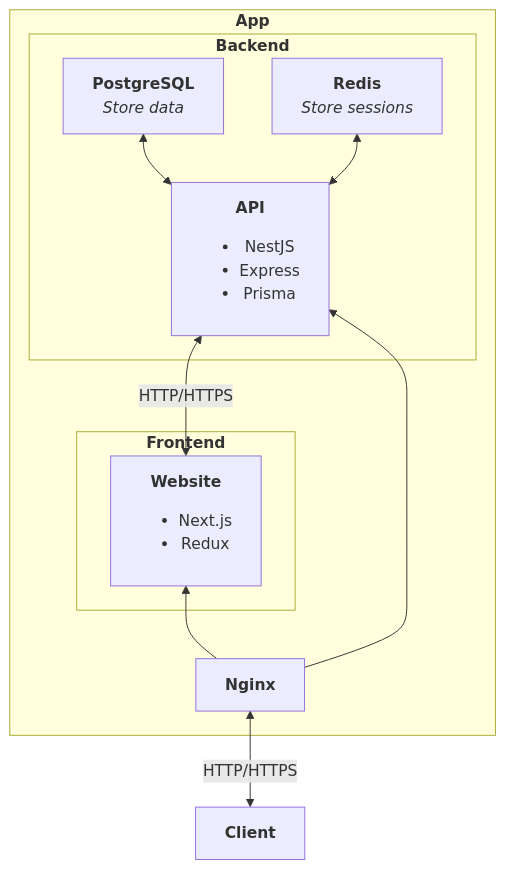
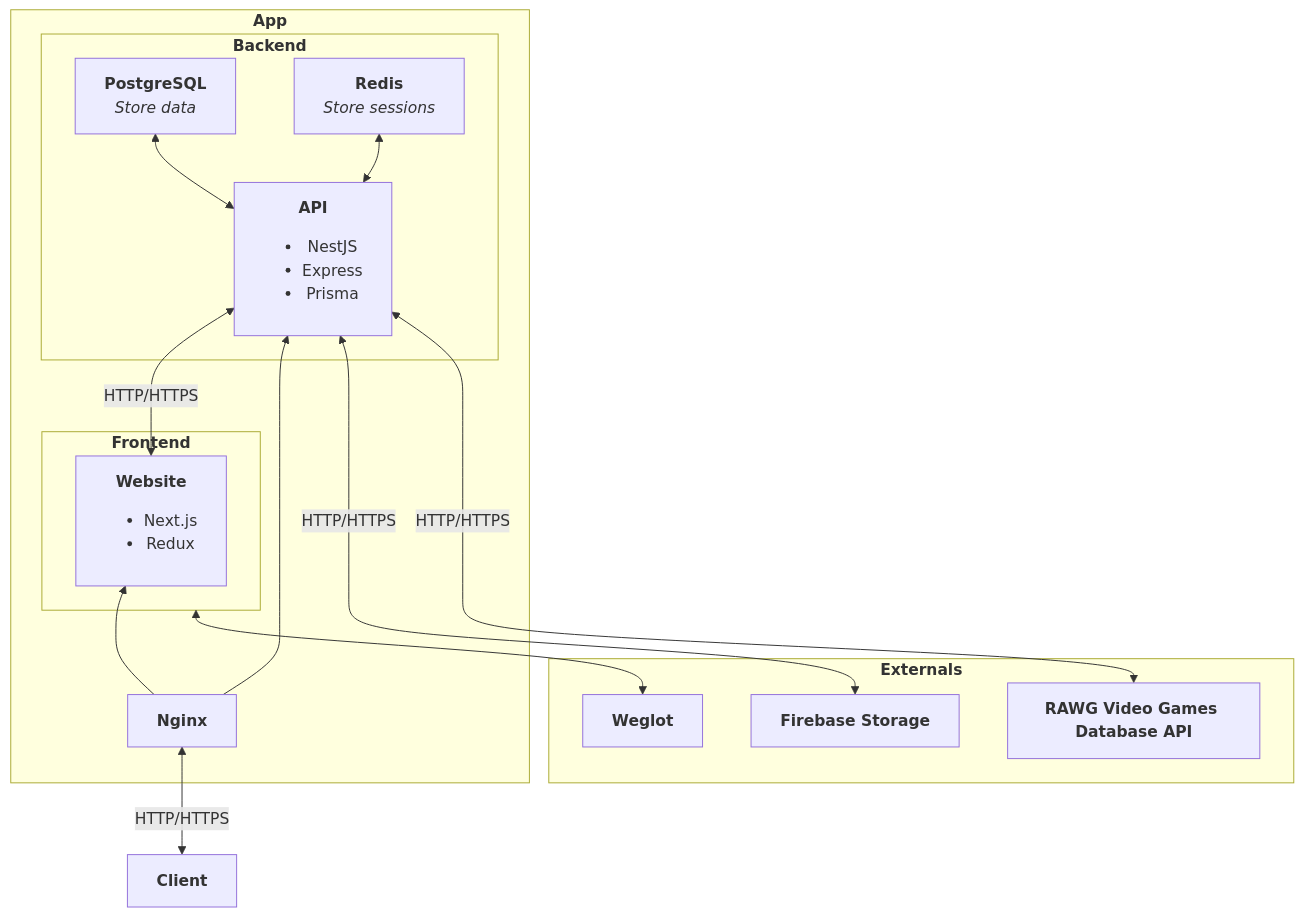
One commit to FiestaTheNewbieDev/share-ur-save changed the first of 2 diagrams in README.md. Above: the diagram before and after it, drawn with Mermaid. The commit also changed other lines of this file, not shown here.

Commit message:
Update graphs

````diff
--- a/README.md
+++ b/README.md
@@ -16,24 +17,34 @@
 ```mermaid
     graph BT
+        subgraph Externals[<b>Externals</b>]
+            FirebaseStorage[<b>Firebase Storage</b>]
+            RAWG[<b>RAWG Video Games Database API</b>]
+            Weglot[<b>Weglot</b>]
+        end
         subgraph App[<b>App</b>]
             subgraph Frontend[<b>Frontend</b>]
                 Website[<b>Website</b><br /><ul><li>Next.js</li><li>Redux</li></ul>]
             end
 
             subgraph Backend[<b>Backend</b>]
                 API[<b>API</b><br /><ul><li>NestJS</li><li>Express</li><li>Prisma</li></ul>]
                 Postgres[<b>PostgreSQL</b><br /><i>Store data</i>]
                 Redis[<b>Redis</b><br /><i>Store sessions</i>]
                 API <--> Postgres
                 API <--> Redis
             end
 
             Website <-- HTTP/HTTPS --> API
             Nginx[<b>Nginx</b>]
             Nginx --> API
             Nginx --> Website
         end
 
         Client[<b>Client</b>]
         Client <-- HTTP/HTTPS --> Nginx
+
+        FirebaseStorage <-- HTTP/HTTPS --> API
+        RAWG <-- HTTP/HTTPS --> API
+        Weglot <--> Frontend
+
 ```
````
